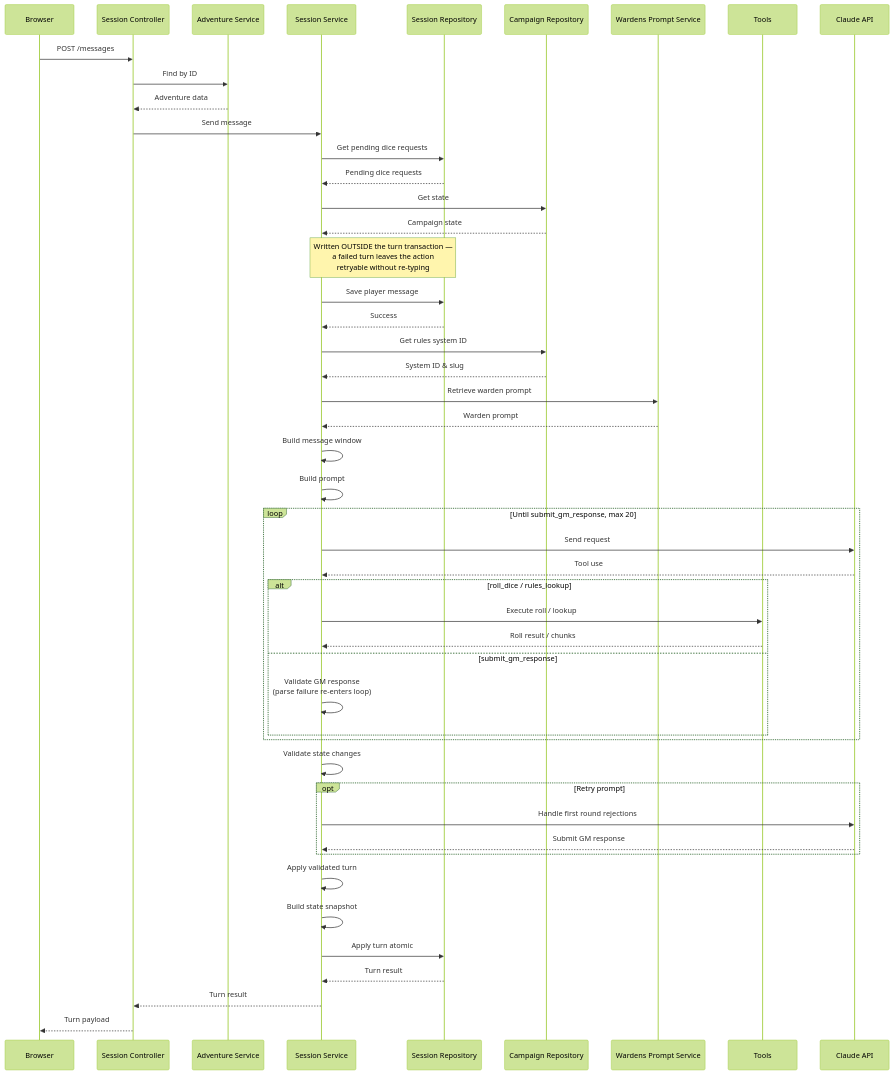
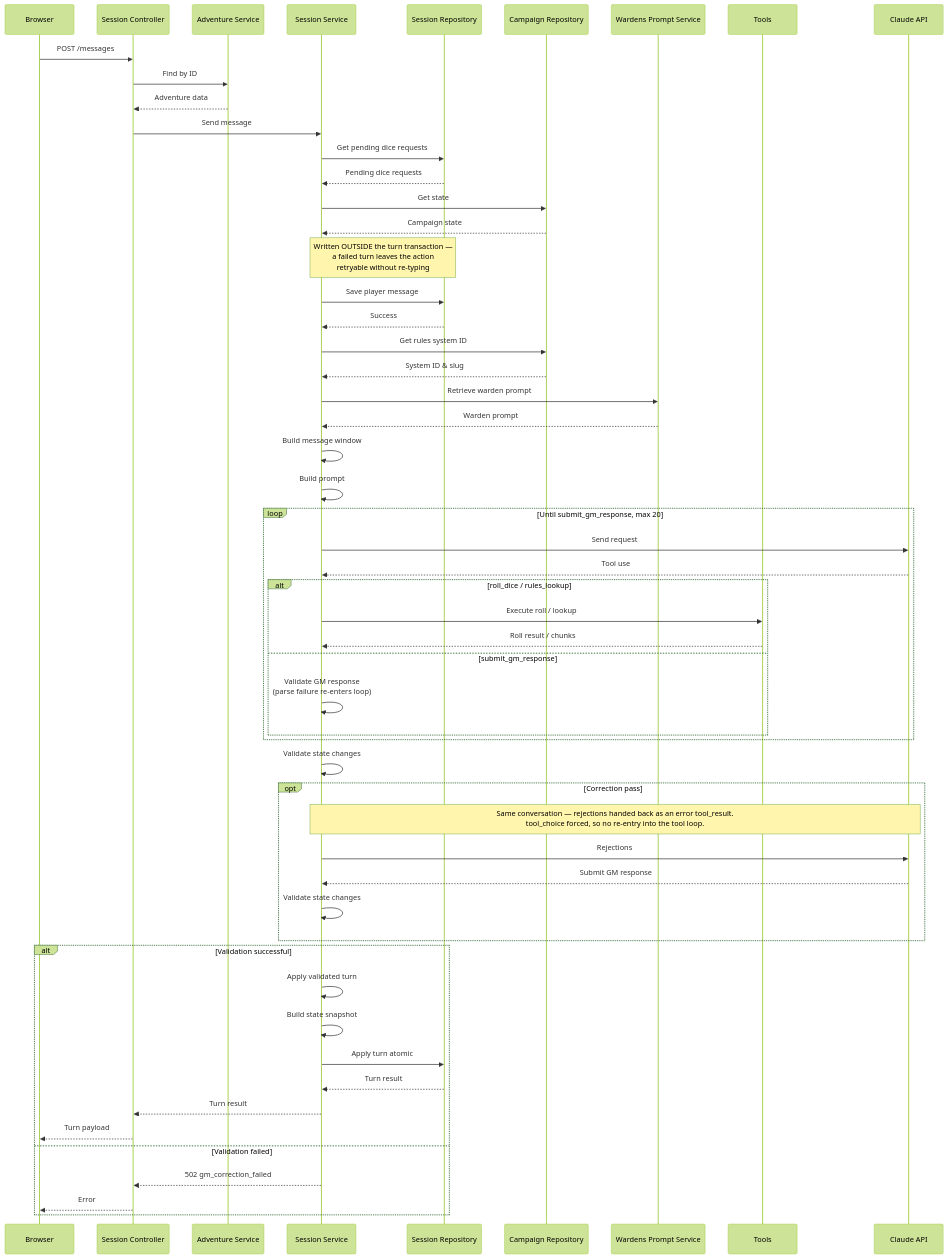
One commit to automata-codex/unicorn changed the diagram in docs/zoltar-request-happy-path.mermaid. Above: the diagram before and after it, drawn with Mermaid (forest theme).

Commit message:
Update sequence diagram

```diff
--- a/docs/zoltar-request-happy-path.mermaid
+++ b/docs/zoltar-request-happy-path.mermaid
@@ -1,58 +1,65 @@
 sequenceDiagram
     participant Browser
     participant SeshCon as Session Controller
     participant AdvSvc as Adventure Service
     participant SeshSvc as Session Service
     participant SeshRepo as Session Repository
     participant CamRepo as Campaign Repository
     participant Wardens as Wardens Prompt Service
     participant Tools
     participant Claude as Claude API
 
     Browser->>SeshCon:POST /messages
     SeshCon->>AdvSvc:Find by ID
     AdvSvc-->>SeshCon:Adventure data
     SeshCon->>SeshSvc:Send message
 
     SeshSvc->>SeshRepo:Get pending dice requests
     SeshRepo-->>SeshSvc:Pending dice requests
 
     SeshSvc->>CamRepo:Get state
     CamRepo-->>SeshSvc:Campaign state
 
     Note over SeshSvc,SeshRepo: Written OUTSIDE the turn transaction —<br/>a failed turn leaves the action<br/>retryable without re-typing
     SeshSvc->>SeshRepo:Save player message
     SeshRepo-->>SeshSvc:Success
     SeshSvc->>CamRepo:Get rules system ID
     CamRepo-->>SeshSvc:System ID & slug
     SeshSvc->>Wardens:Retrieve warden prompt
     Wardens-->>SeshSvc:Warden prompt
 
     SeshSvc->>SeshSvc:Build message window
     SeshSvc->>SeshSvc:Build prompt
 
     loop Until submit_gm_response, max 20
         SeshSvc->>Claude:Send request
         Claude-->>SeshSvc:Tool use
         alt roll_dice / rules_lookup
             SeshSvc->>Tools:Execute roll / lookup
             Tools-->>SeshSvc:Roll result / chunks
         else submit_gm_response
             SeshSvc->>SeshSvc:Validate GM response<br/>(parse failure re-enters loop)
         end
     end
 
     SeshSvc->>SeshSvc:Validate state changes
 
-    opt Retry prompt
-        SeshSvc->>Claude:Handle first round rejections
+    opt Correction pass
+        Note over SeshSvc,Claude: Same conversation — rejections handed back as an error tool_result.<br/>tool_choice forced, so no re-entry into the tool loop.
+        SeshSvc->>Claude:Rejections
         Claude-->>SeshSvc:Submit GM response
+        SeshSvc->>SeshSvc:Validate state changes
     end
 
-    SeshSvc->>SeshSvc:Apply validated turn
-    SeshSvc->>SeshSvc:Build state snapshot
-    SeshSvc->>SeshRepo:Apply turn atomic
-    SeshRepo-->>SeshSvc:Turn result
+    alt Validation successful
+        SeshSvc->>SeshSvc:Apply validated turn
+        SeshSvc->>SeshSvc:Build state snapshot
+        SeshSvc->>SeshRepo:Apply turn atomic
+        SeshRepo-->>SeshSvc:Turn result
 
-    SeshSvc-->>SeshCon:Turn result
-    SeshCon-->>Browser:Turn payload
+        SeshSvc-->>SeshCon:Turn result
+        SeshCon-->>Browser:Turn payload
+    else Validation failed
+        SeshSvc-->>SeshCon:502 gm_correction_failed
+        SeshCon-->>Browser:Error
+    end
```
